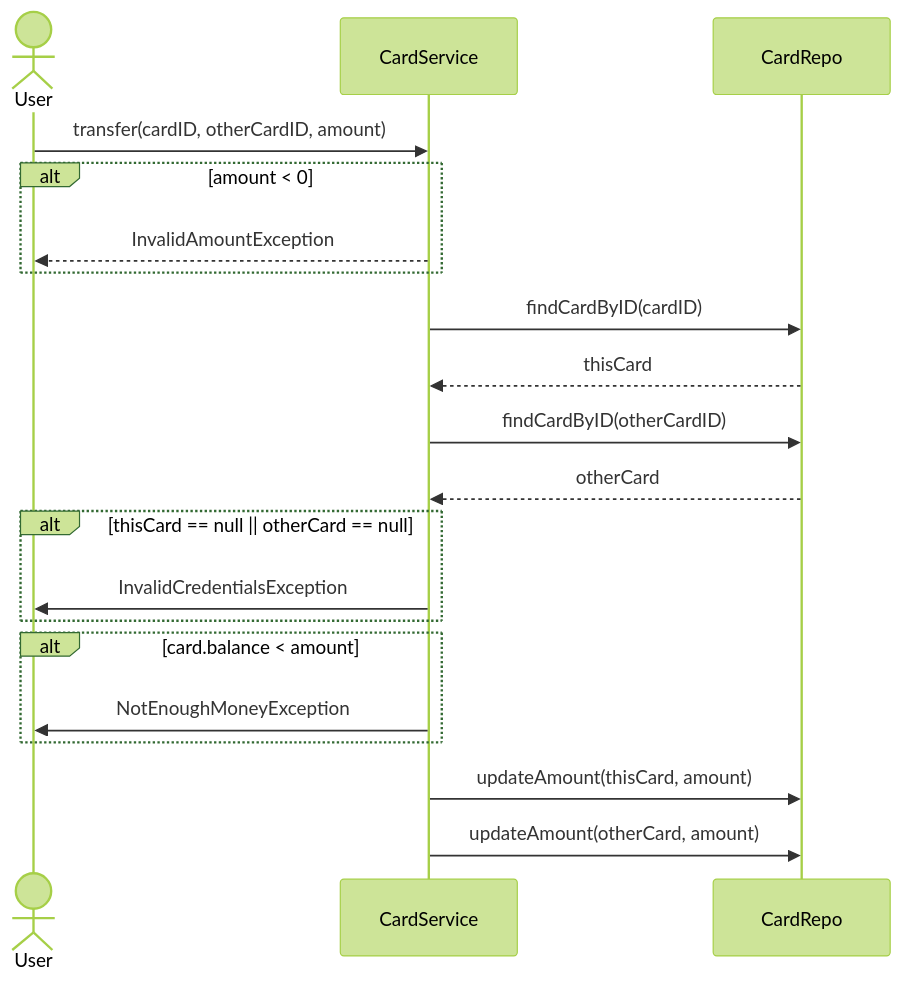
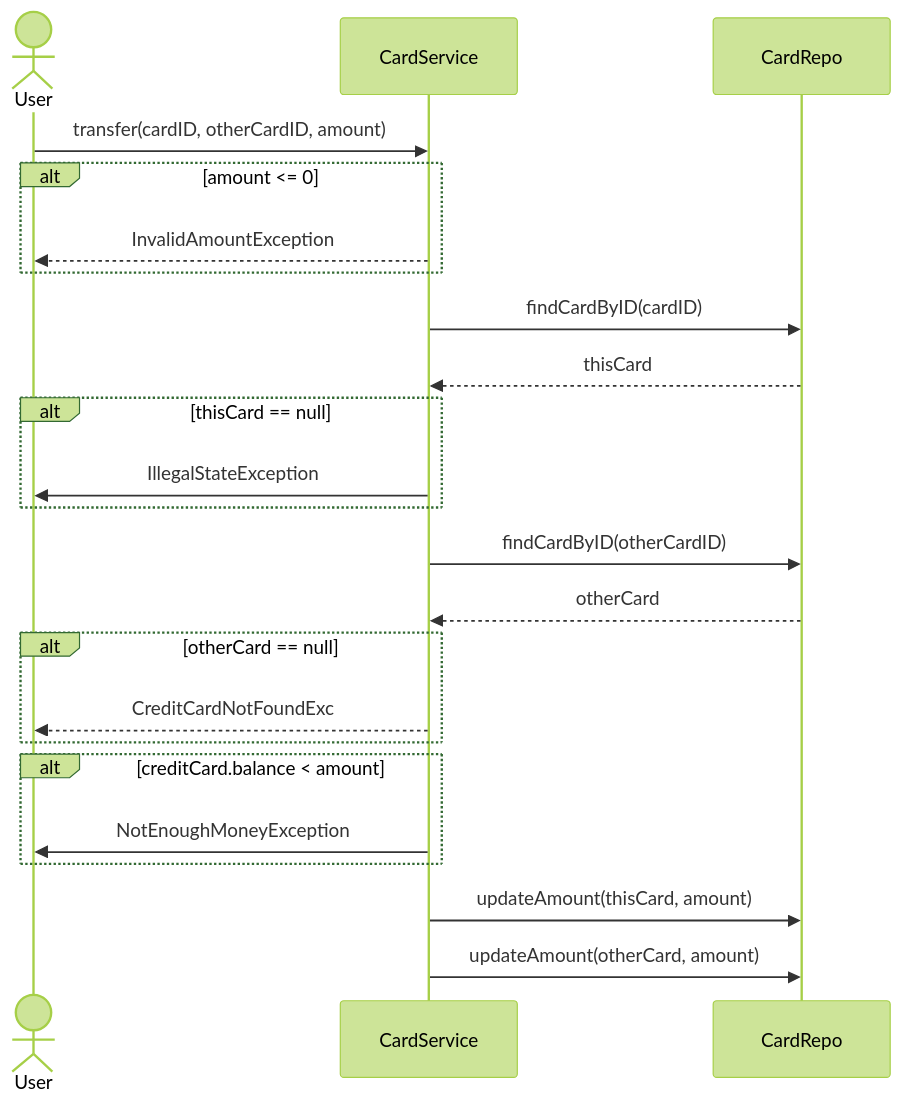
One commit to Apameus/ATM_Underground changed the sixth of 6 diagrams in docs/technicalDocs_v2.md. Above: the diagram before and after it, drawn with Mermaid (forest theme). The commit also changed other lines of this file, not shown here.

````diff
--- a/docs/technicalDocs_v2.md
+++ b/docs/technicalDocs_v2.md
@@ -79,26 +82,28 @@
 ```mermaid
 sequenceDiagram
-actor U as User
-participant S as CardService
-participant R as CardRepo
+    actor U as User
+    participant S as CardService
+    participant R as CardRepo
+    U ->> S: transfer(cardID, otherCardID, amount)
+    alt amount <= 0
+        S -->> U: InvalidAmountException
+    end
+    S ->> R: findCardByID(cardID)
+    R -->> S: thisCard
+    alt thisCard == null
+        S ->> U: IllegalStateException
+    end
+    S ->> R: findCardByID(otherCardID)
+    R -->> S: otherCard
 
-U ->> S: transfer(cardID, otherCardID, amount)
-alt amount < 0
-        S -->> U: InvalidAmountException
-end
-S ->> R: findCardByID(cardID)
-R -->> S: thisCard
-S ->> R: findCardByID(otherCardID) 
-R -->> S: otherCard
-
-alt thisCard == null || otherCard == null
-    S ->> U: InvalidCredentialsException
-end
-alt card.balance < amount
-    S ->> U: NotEnoughMoneyException
-end
+    alt otherCard == null 
+       S -->> U: CreditCardNotFoundExc 
+    end
+    alt creditCard.balance < amount
+        S ->> U: NotEnoughMoneyException
+    end
 
 %%S ->> R: transfer(cardID, otherCardID, amount)
-S ->> R: updateAmount(thisCard, amount)
-S ->> R: updateAmount(otherCard, amount)
+    S ->> R: updateAmount(thisCard, amount)
+    S ->> R: updateAmount(otherCard, amount)
 ```
````
